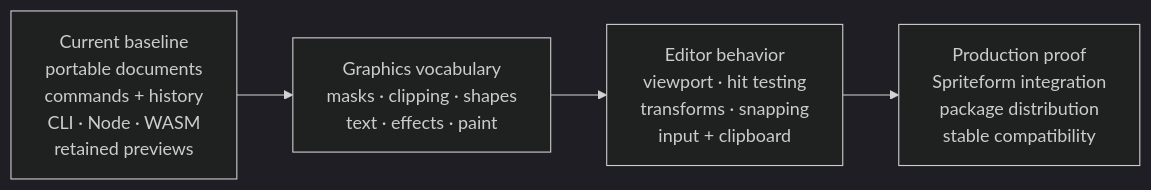
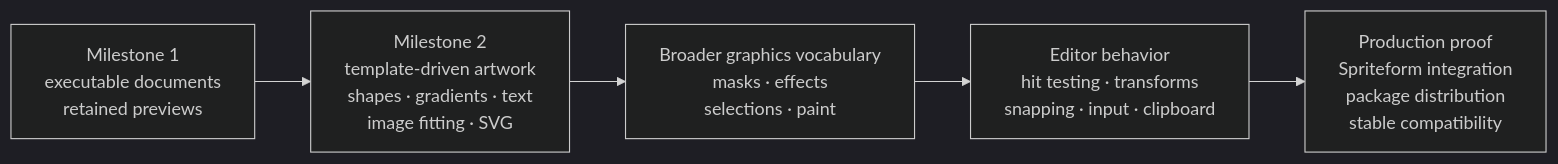
One commit to iamkaf/layeredgraphics changed the diagram in docs/ROADMAP.md. Above: the diagram before and after it, drawn with Mermaid (dark theme). The commit also changed other lines of this file and 23 other files, not shown here.

````diff
--- a/docs/ROADMAP.md
+++ b/docs/ROADMAP.md
@@ -5,6 +5,7 @@
 ```mermaid
 flowchart LR
-  B[Current baseline<br/>portable documents<br/>commands + history<br/>CLI · Node · WASM<br/>retained previews] --> P[Graphics vocabulary<br/>masks · clipping · shapes<br/>text · effects · paint]
-  P --> E[Editor behavior<br/>viewport · hit testing<br/>transforms · snapping<br/>input + clipboard]
+  B[Milestone 1<br/>executable documents<br/>retained previews] --> M[Milestone 2<br/>template-driven artwork<br/>shapes · gradients · text<br/>image fitting · SVG]
+  M --> P[Broader graphics vocabulary<br/>masks · effects<br/>selections · paint]
+  P --> E[Editor behavior<br/>hit testing · transforms<br/>snapping · input · clipboard]
   E --> S[Production proof<br/>Spriteform integration<br/>package distribution<br/>stable compatibility]
 ```
````
